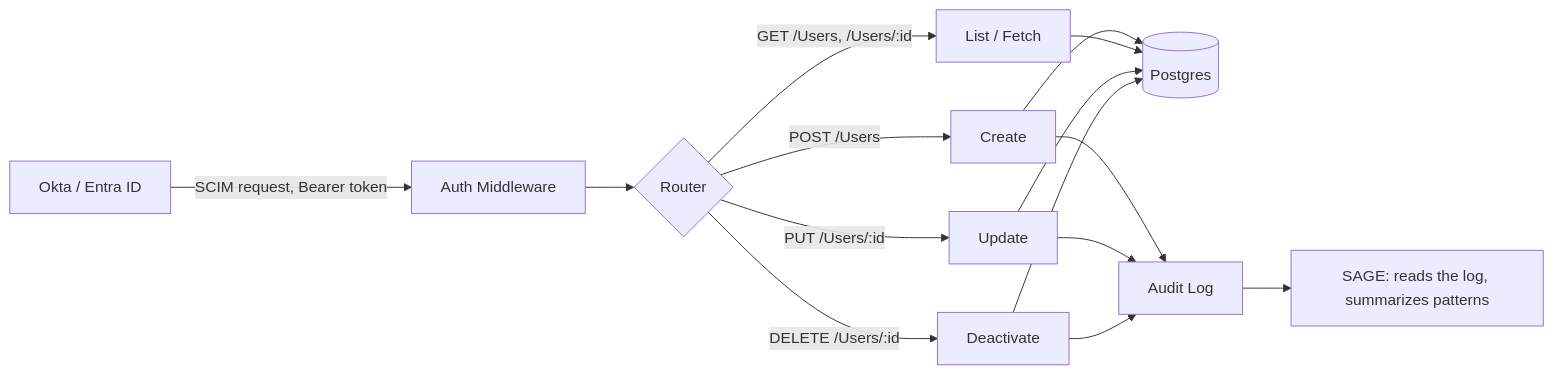
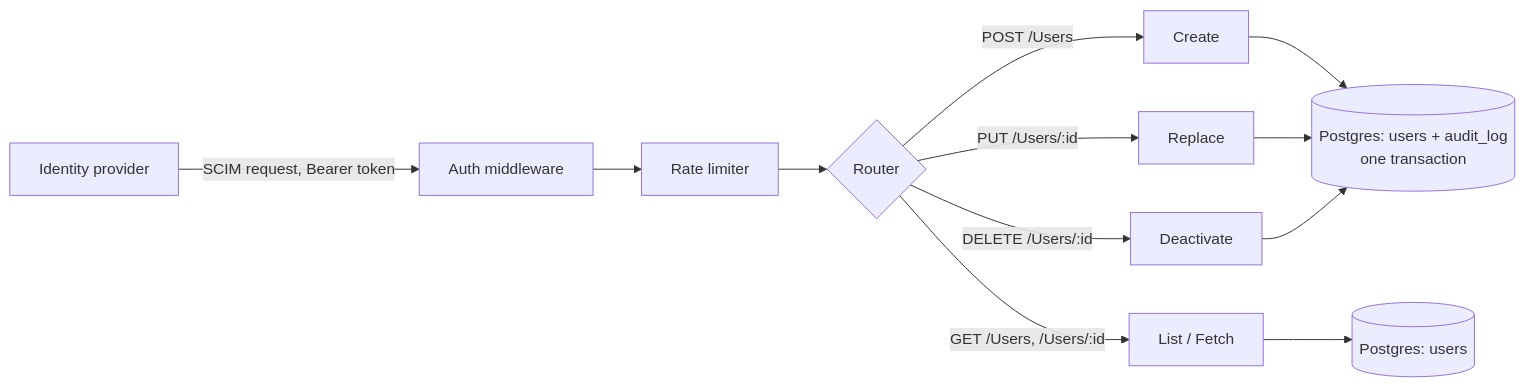
Before and after one commit to meghamahna/SCIMage: the diagram in README.md, drawn with Mermaid. The commit also changed other lines of this file and 3 other files, not shown here.

````diff
--- a/README.md
+++ b/README.md
@@ -38,17 +40,14 @@
 ```mermaid
 flowchart LR
-    IDP[Okta / Entra ID] -->|SCIM request, Bearer token| AUTH[Auth Middleware]
-    AUTH --> ROUTER{Router}
+    IDP[Identity provider] -->|SCIM request, Bearer token| AUTH[Auth middleware]
+    AUTH --> RL[Rate limiter]
+    RL --> ROUTER{Router}
     ROUTER -->|POST /Users| CREATE[Create]
     ROUTER -->|GET /Users, /Users/:id| READ[List / Fetch]
-    ROUTER -->|PUT /Users/:id| UPDATE[Update]
+    ROUTER -->|PUT /Users/:id| UPDATE[Replace]
     ROUTER -->|DELETE /Users/:id| DEACTIVATE[Deactivate]
-    CREATE --> DB[(Postgres)]
-    READ --> DB
-    UPDATE --> DB
-    DEACTIVATE --> DB
-    CREATE --> AUDIT[Audit Log]
-    UPDATE --> AUDIT
-    DEACTIVATE --> AUDIT
-    AUDIT --> SAGE[SAGE: reads the log, summarizes patterns]
+    CREATE --> TX[(Postgres: users + audit_log<br/>one transaction)]
+    UPDATE --> TX
+    DEACTIVATE --> TX
+    READ --> DB[(Postgres: users)]
 ```
````
